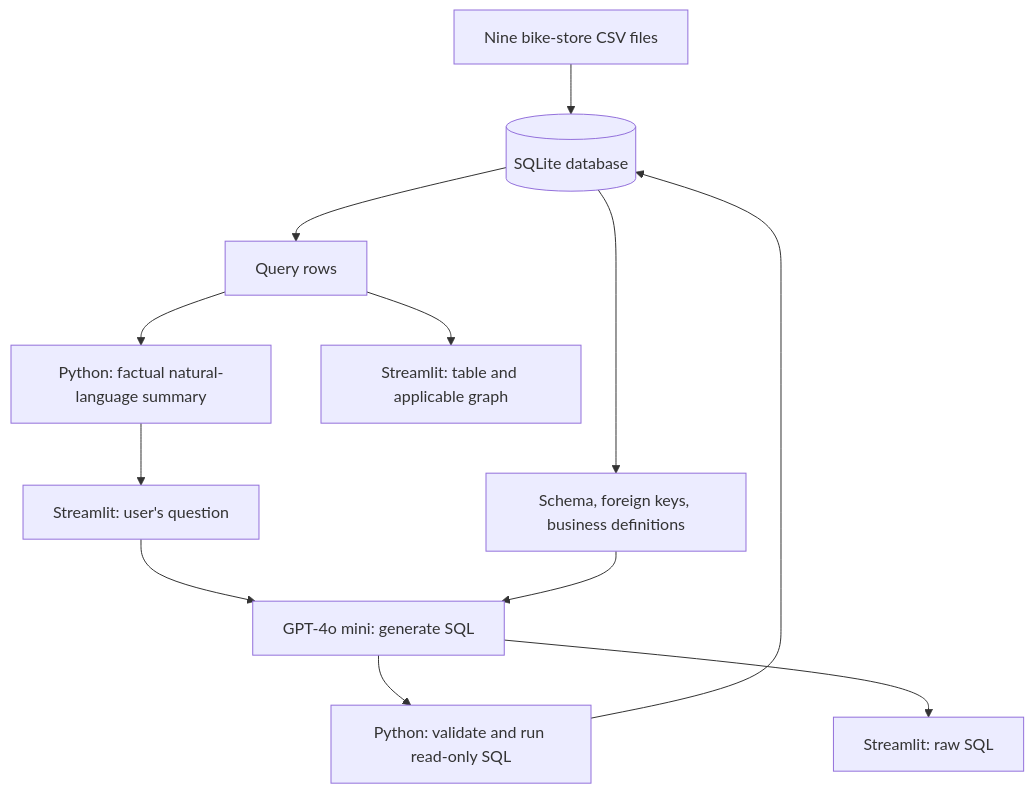
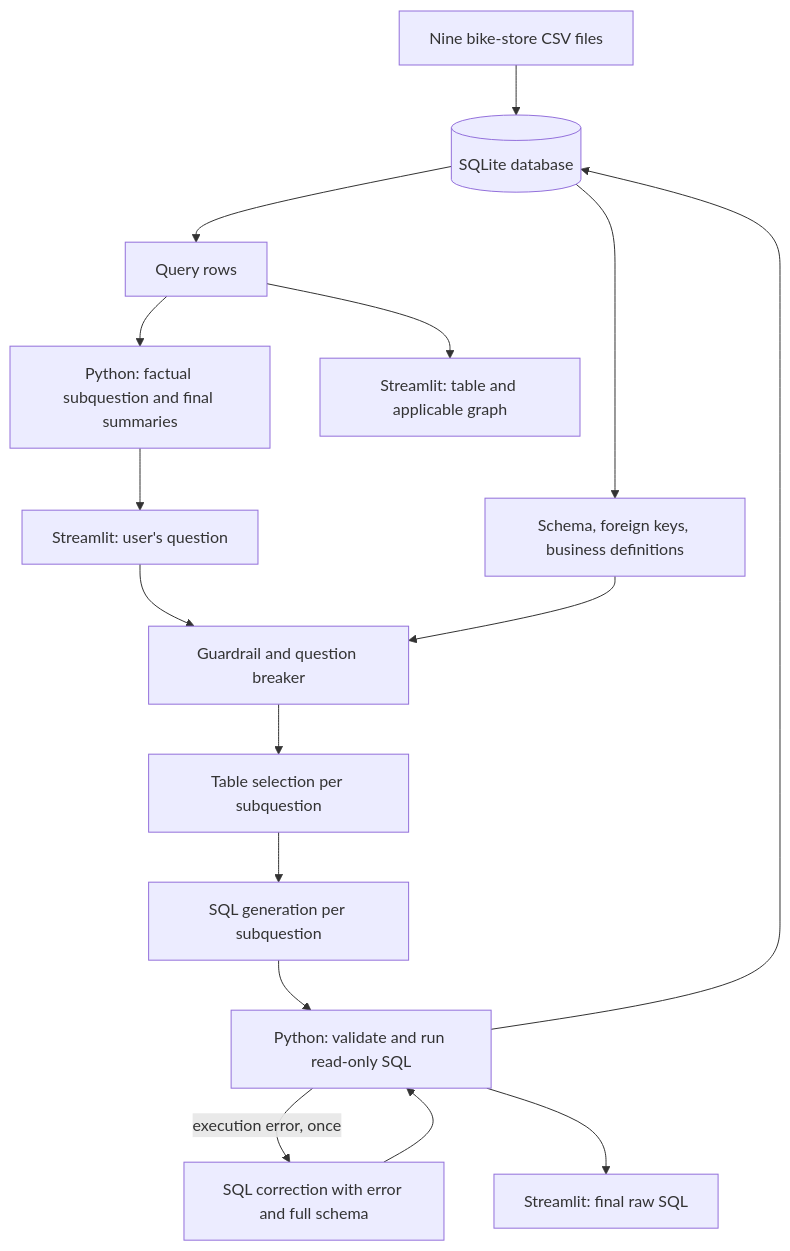
The diagram in bike-store-text2sql/SUBMISSION.md (weunblurai-arch/Text2Sql), drawn with Mermaid before and after one commit. The commit also changed other lines of this file and 5 other files, not shown here.

Commit message:
Add staged Text-to-SQL workflow with query correction

````diff
--- a/bike-store-text2sql/SUBMISSION.md
+++ b/bike-store-text2sql/SUBMISSION.md
@@ -5,14 +5,18 @@
 ```mermaid
 flowchart TD
     CSV[Nine bike-store CSV files] --> DB[(SQLite database)]
-    UI[Streamlit: user's question] --> LLM[GPT-4o mini: generate SQL]
+    UI[Streamlit: user's question] --> BREAK[Guardrail and question breaker]
     DB --> SCHEMA[Schema, foreign keys, business definitions]
-    SCHEMA --> LLM
+    SCHEMA --> BREAK
+    BREAK --> SELECT[Table selection per subquestion]
+    SELECT --> LLM[SQL generation per subquestion]
     LLM --> CHECK[Python: validate and run read-only SQL]
+    CHECK -->|execution error, once| FIX[SQL correction with error and full schema]
+    FIX --> CHECK
     CHECK --> DB
     DB --> RESULT[Query rows]
-    RESULT --> ANSWER[Python: factual natural-language summary]
+    RESULT --> ANSWER[Python: factual subquestion and final summaries]
     RESULT --> DISPLAY[Streamlit: table and applicable graph]
-    LLM --> SQL[Streamlit: raw SQL]
+    CHECK --> SQL[Streamlit: final raw SQL]
     ANSWER --> UI
 ```
````
